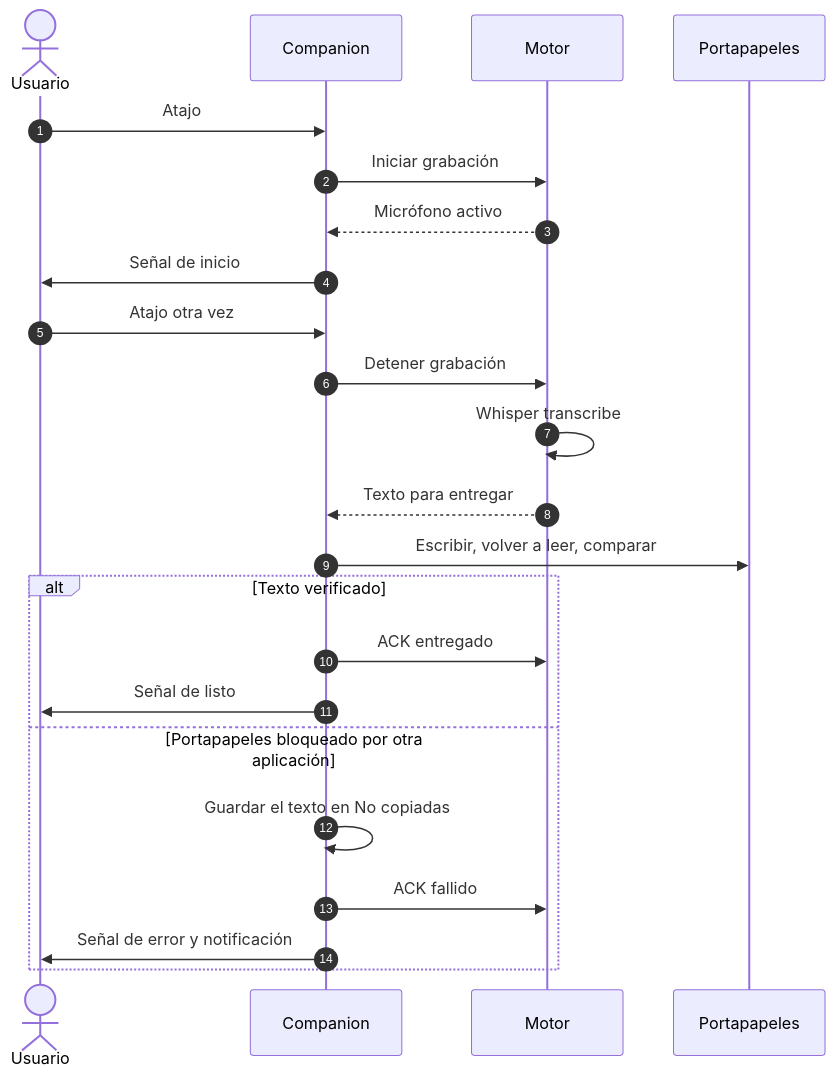
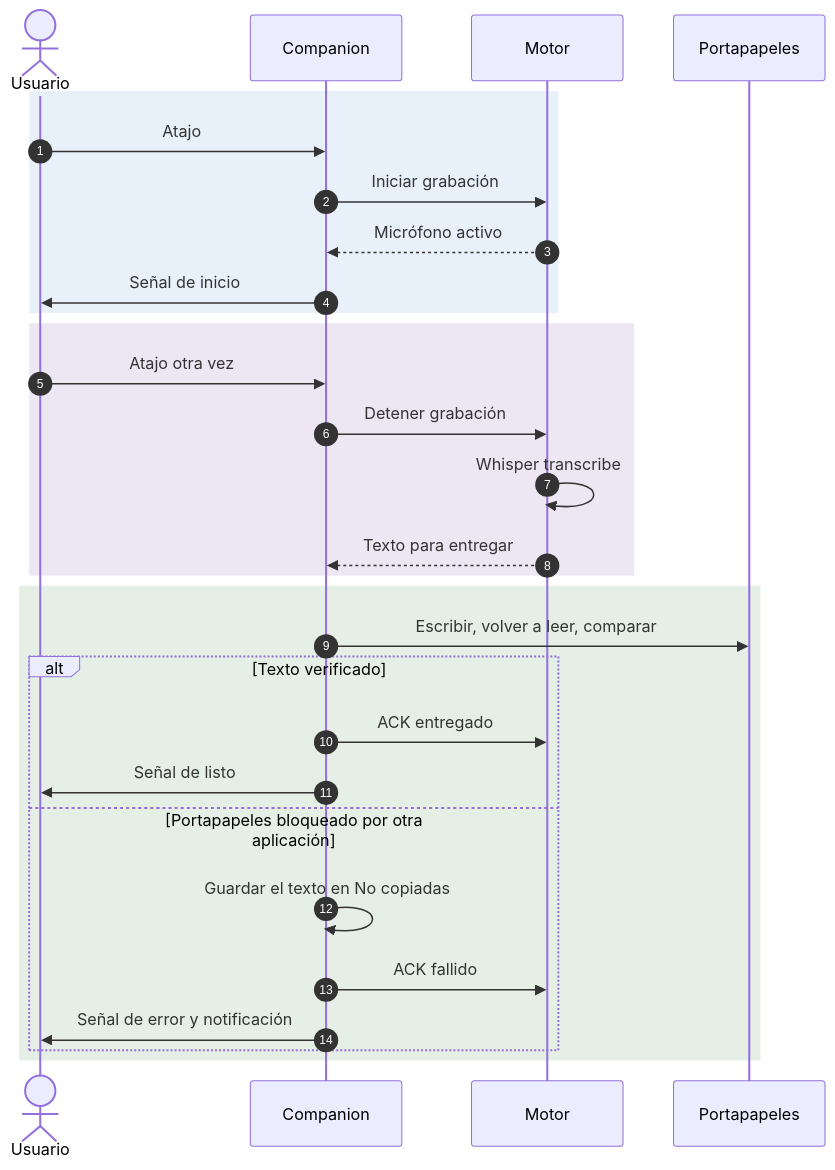
One commit to nano-br/voice-mate changed the third of 6 diagrams in README.es.md. Above: the diagram before and after it, drawn with Mermaid. The commit also changed other lines of this file and 76 other files, not shown here.

````diff
--- a/README.es.md
+++ b/README.es.md
@@ -206,25 +302,31 @@
 ```mermaid
 sequenceDiagram
     autonumber
     actor U as Usuario
     participant C as Companion
     participant E as Motor
     participant CB as Portapapeles
-    U->>C: Atajo
-    C->>E: Iniciar grabación
-    E-->>C: Micrófono activo
-    C->>U: Señal de inicio
-    U->>C: Atajo otra vez
-    C->>E: Detener grabación
-    E->>E: Whisper transcribe
-    E-->>C: Texto para entregar
-    C->>CB: Escribir, volver a leer, comparar
-    alt Texto verificado
-        C->>E: ACK entregado
-        C->>U: Señal de listo
-    else Portapapeles bloqueado por otra aplicación
-        C->>C: Guardar el texto en No copiadas
-        C->>E: ACK fallido
-        C->>U: Señal de error y notificación
+    rect rgba(67,141,213,0.12)
+        U->>C: Atajo
+        C->>E: Iniciar grabación
+        E-->>C: Micrófono activo
+        C->>U: Señal de inicio
+    end
+    rect rgba(106,61,154,0.12)
+        U->>C: Atajo otra vez
+        C->>E: Detener grabación
+        E->>E: Whisper transcribe
+        E-->>C: Texto para entregar
+    end
+    rect rgba(46,125,50,0.12)
+        C->>CB: Escribir, volver a leer, comparar
+        alt Texto verificado
+            C->>E: ACK entregado
+            C->>U: Señal de listo
+        else Portapapeles bloqueado por otra aplicación
+            C->>C: Guardar el texto en No copiadas
+            C->>E: ACK fallido
+            C->>U: Señal de error y notificación
+        end
     end
 ```
````
